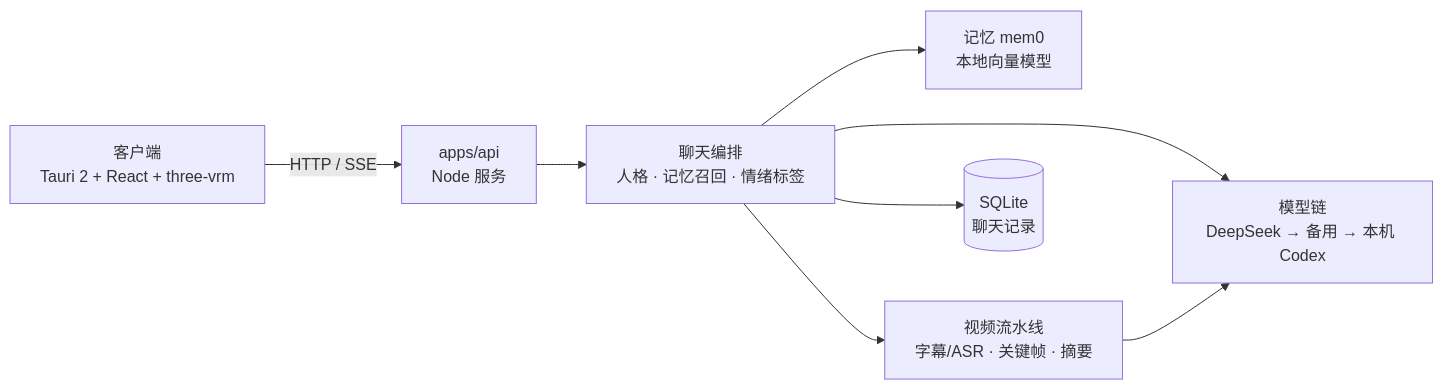
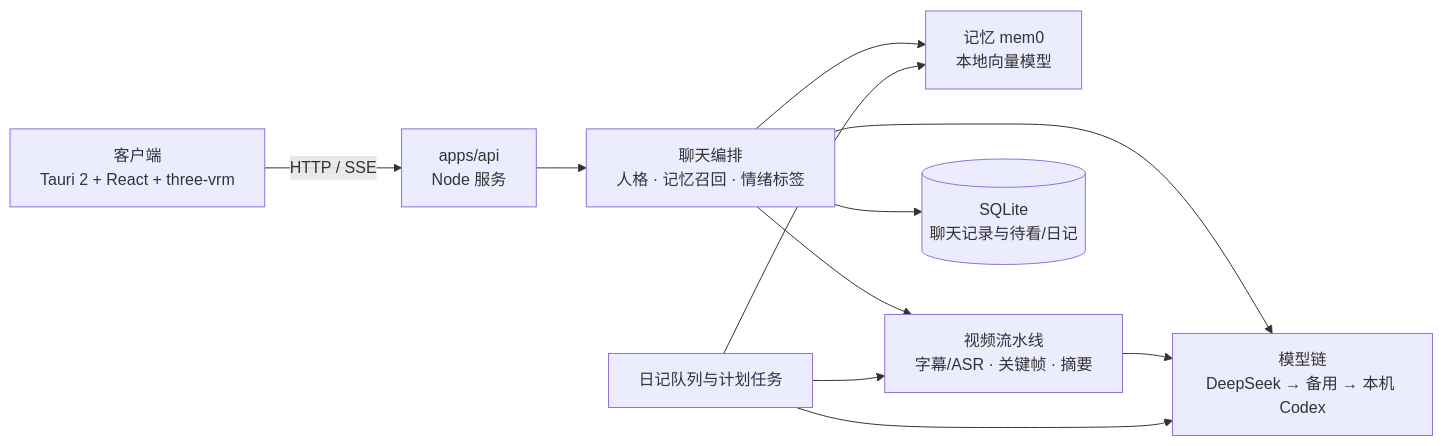
The diagram in README.md (OmnixSI/WhalePartner), drawn with Mermaid before and after one commit. The commit also changed other lines of this file and 17 other files, not shown here.

````diff
--- a/README.md
+++ b/README.md
@@ -54,10 +55,13 @@
 ```mermaid
 flowchart LR
   UI["客户端<br/>Tauri 2 + React + three-vrm"] -- "HTTP / SSE" --> API["apps/api<br/>Node 服务"]
   API --> Chat["聊天编排<br/>人格 · 记忆召回 · 情绪标签"]
   Chat --> LLM["模型链<br/>DeepSeek → 备用 → 本机 Codex"]
   Chat --> Mem["记忆 mem0<br/>本地向量模型"]
   Chat --> Video["视频流水线<br/>字幕/ASR · 关键帧 · 摘要"]
   Video --> LLM
-  Chat --> DB[("SQLite<br/>聊天记录")]
+  Diary["日记队列与计划任务"] --> Video
+  Diary --> LLM
+  Diary --> Mem
+  Chat --> DB[("SQLite<br/>聊天记录与待看/日记")]
 ```
````
